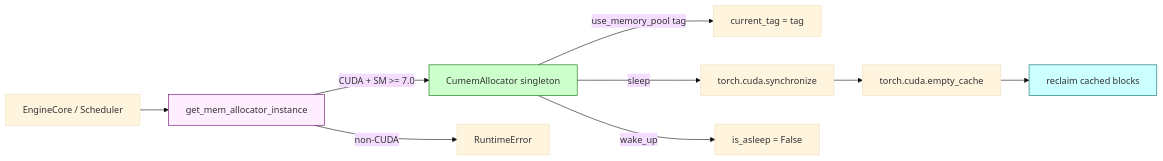
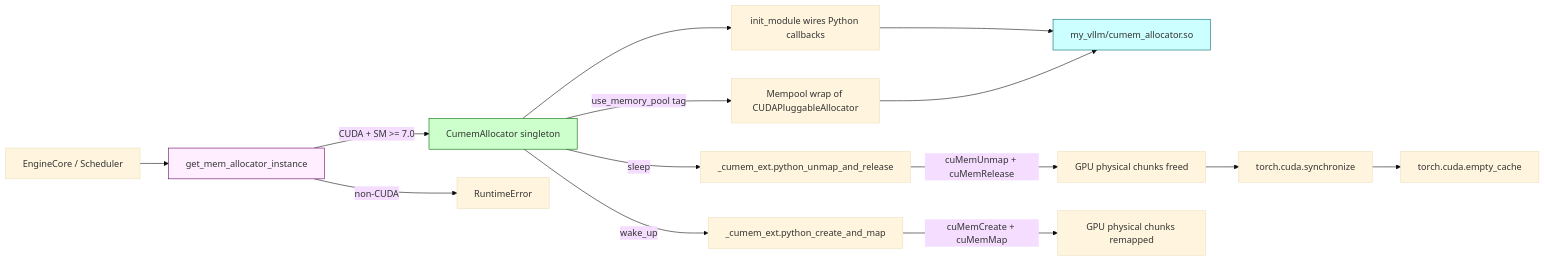
Before and after one commit to KASW-UI/my-vllm: the diagram in docs/snapshots/C231.md, drawn with Mermaid (base theme). The commit also changed other lines of this file and 5 other files, not shown here.

````diff
--- a/docs/snapshots/C231.md
+++ b/docs/snapshots/C231.md
@@ -198,16 +213,24 @@
 ```mermaid
 flowchart LR
     Caller[EngineCore / Scheduler] --> Fac[get_mem_allocator_instance]
     Fac -->|"CUDA + SM >= 7.0"| CA[CumemAllocator singleton]
     Fac -->|"non-CUDA"| ERR[RuntimeError]
 
-    CA -->|use_memory_pool tag| CT[current_tag = tag]
-    CA -->|sleep| Sync[torch.cuda.synchronize]
+    CA --> Init[init_module wires Python callbacks]
+    Init --> Ext[my_vllm/cumem_allocator.so]
+
+    CA -->|use_memory_pool tag| MP[Mempool wrap of CUDAPluggableAllocator]
+    MP --> Ext
+
+    CA -->|sleep| Unmap[_cumem_ext.python_unmap_and_release]
+    Unmap -->|cuMemUnmap + cuMemRelease| GPU[GPU physical chunks freed]
+    GPU --> Sync[torch.cuda.synchronize]
     Sync --> EC[torch.cuda.empty_cache]
-    EC --> Rec[reclaim cached blocks]
-    CA -->|wake_up| Flip[is_asleep = False]
+
+    CA -->|wake_up| Remap[_cumem_ext.python_create_and_map]
+    Remap -->|cuMemCreate + cuMemMap| GPU2[GPU physical chunks remapped]
 
     style CA fill:#cfc,stroke:#060
     style Fac fill:#fef,stroke:#606
-    style Rec fill:#cff,stroke:#066
+    style Ext fill:#cff,stroke:#066
 ```
````
